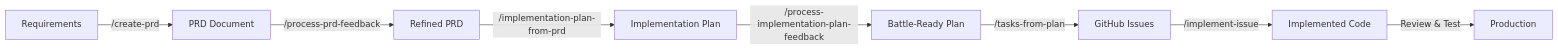
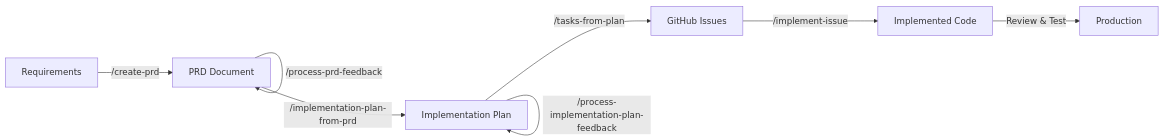
One commit to dgriffith/bad-daves-robot-army changed the diagram in docs/ROBOT_ARMY_GUIDE.md. Above: the diagram before and after it, drawn with Mermaid. The commit also changed other lines of this file, not shown here.

Commit message:
fix mentor and graph

````diff
--- a/docs/ROBOT_ARMY_GUIDE.md
+++ b/docs/ROBOT_ARMY_GUIDE.md
@@ -80,10 +80,10 @@
 ```mermaid
 graph LR
     A[Requirements] -->|/create-prd| B[PRD Document]
-    B -->|/process-prd-feedback| B1[Refined PRD]
-    B1 -->|/implementation-plan-from-prd| C[Implementation Plan]
-    C -->|/process-implementation-plan-feedback| C1[Battle-Ready Plan]
-    C1 -->|/tasks-from-plan| D[GitHub Issues]
+    B -->|/process-prd-feedback| B
+    B -->|/implementation-plan-from-prd| C[Implementation Plan]
+    C -->|/process-implementation-plan-feedback| C
+    C -->|/tasks-from-plan| D[GitHub Issues]
     D -->|/implement-issue| E[Implemented Code]
     E -->|Review & Test| F[Production]
 ```
````
